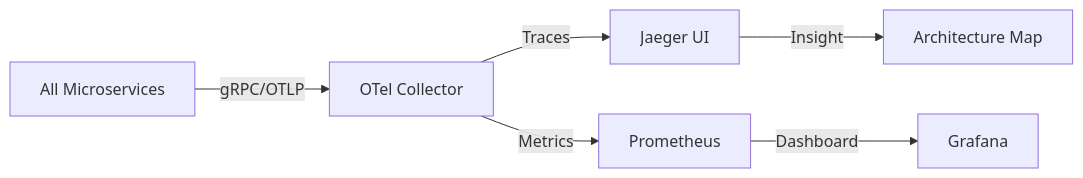
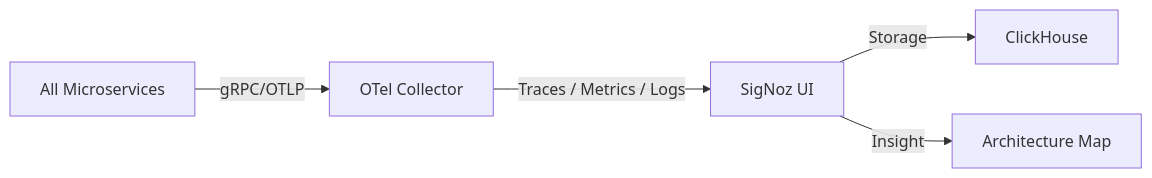
One commit to dungxbuif/RuntimeRoasters changed the fourth of 4 diagrams in docs/architecture/SYSTEM_ARCHITECTURE.md. Above: the diagram before and after it, drawn with Mermaid. The commit also changed 56 other files, not shown here.

````diff
--- a/docs/architecture/SYSTEM_ARCHITECTURE.md
+++ b/docs/architecture/SYSTEM_ARCHITECTURE.md
@@ -142,8 +142,7 @@
 ```mermaid
 graph LR
     SERVICES[All Microservices] -->|gRPC/OTLP| OEL[OTel Collector]
-    OEL -->|Traces| JAEGER[Jaeger UI]
-    OEL -->|Metrics| PROM[Prometheus]
-    PROM -->|Dashboard| GRAFANA[Grafana]
-    JAEGER -->|Insight| ARCH[Architecture Map]
+    OEL -->|Traces / Metrics / Logs| SIGNOZ[SigNoz UI]
+    SIGNOZ -->|Storage| CLICKHOUSE[ClickHouse]
+    SIGNOZ -->|Insight| ARCH[Architecture Map]
 ```
````
